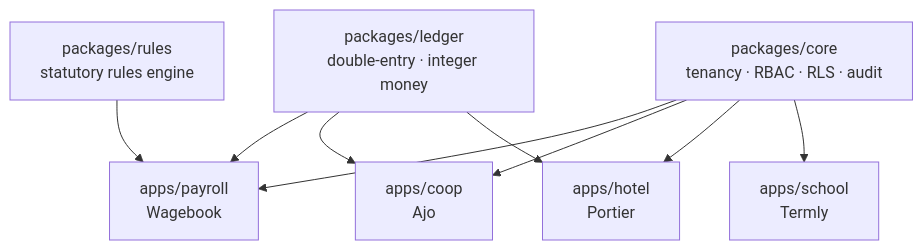
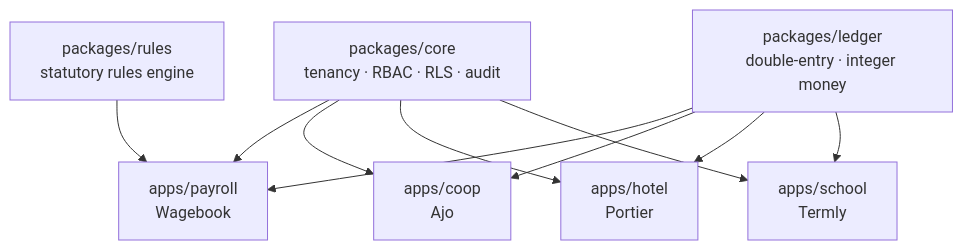
Before and after one commit to oghenenoghie/business-repo: the diagram in README.md, drawn with Mermaid. The commit also changed other lines of this file and 25 other files, not shown here.

First line of the commit message:
Add database layers for apps/hotel (Portier) and apps/school (Termly)

````diff
--- a/README.md
+++ b/README.md
@@ -57,13 +78,13 @@
 ```mermaid
 graph TD
     core[packages/core<br/>tenancy · RBAC · RLS · audit]
     ledger[packages/ledger<br/>double-entry · integer money]
     rules[packages/rules<br/>statutory rules engine]
     payroll[apps/payroll<br/>Wagebook]
     coop[apps/coop<br/>Ajo]
     hotel[apps/hotel<br/>Portier]
     school[apps/school<br/>Termly]
     core --> payroll & coop & hotel & school
-    ledger --> payroll & coop & hotel
+    ledger --> payroll & coop & hotel & school
     rules --> payroll
 ```
````
